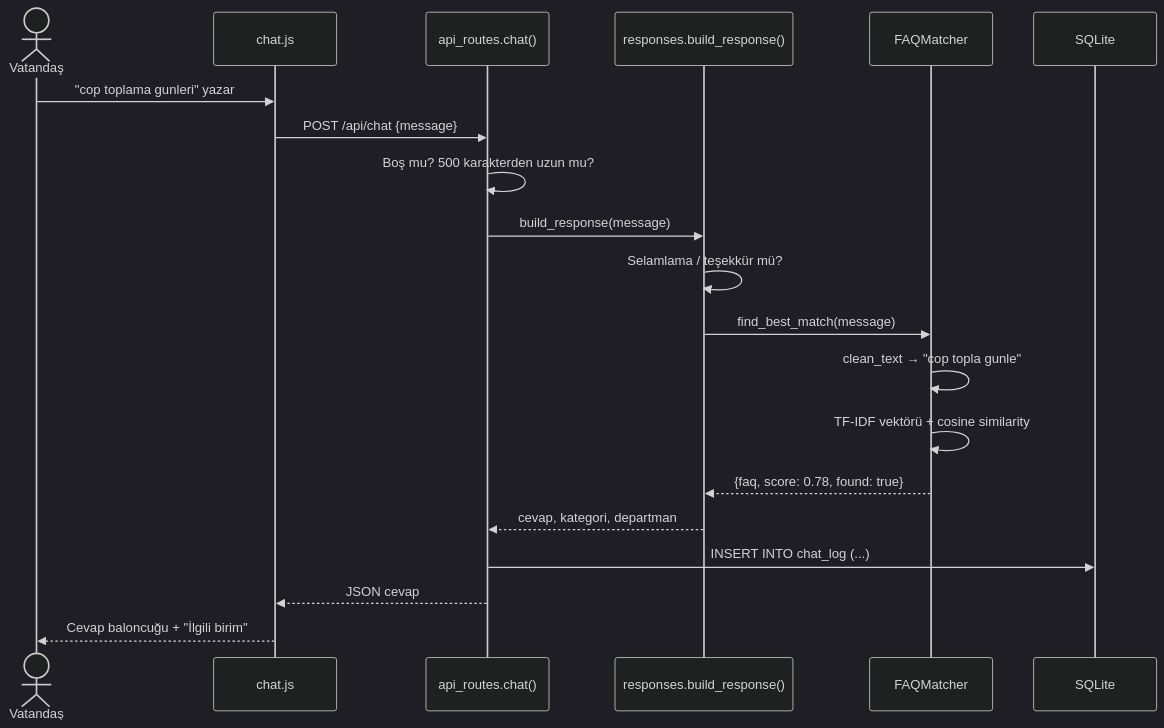
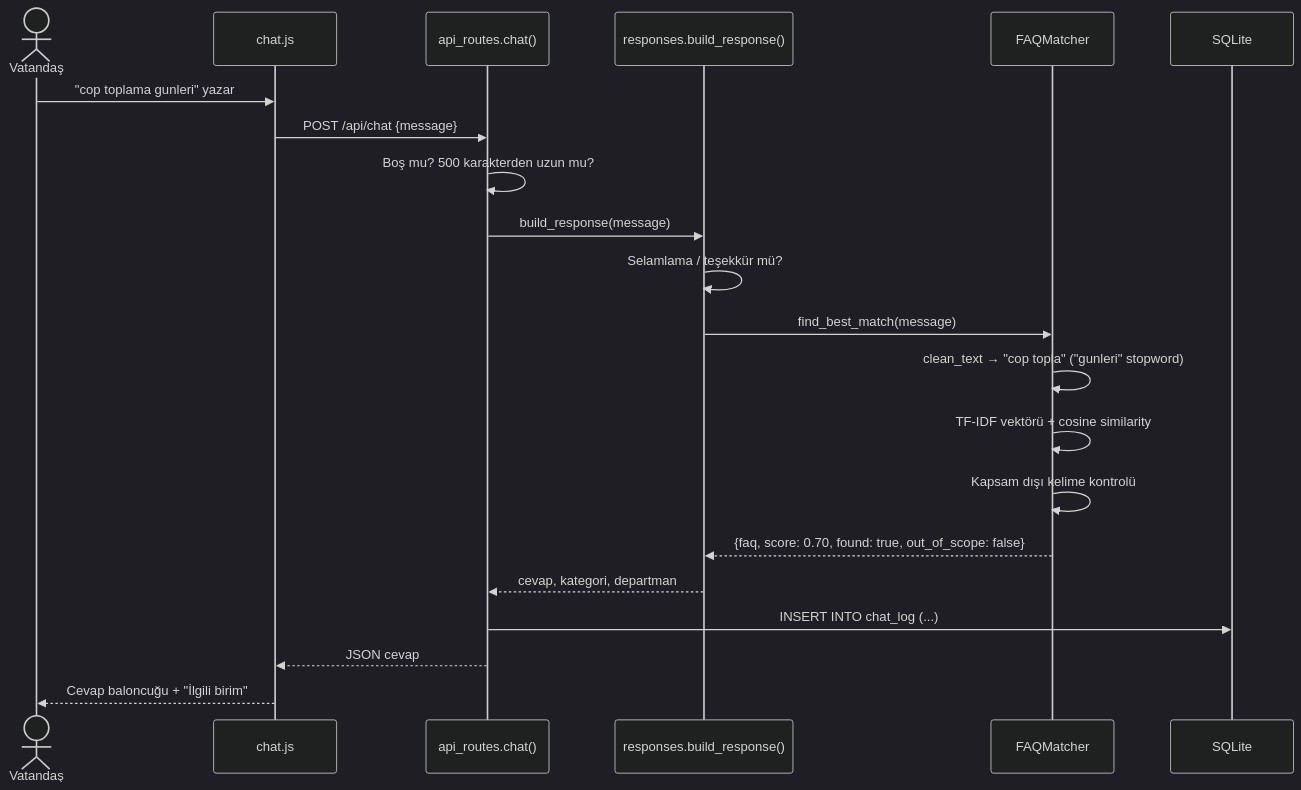
Before and after one commit to HekimSefkan/belediye-chatbot: the second of 3 diagrams in docs/mimari_diyagram.md, drawn with Mermaid (dark theme). The commit also changed other lines of this file and 7 other files, not shown here.

````diff
--- a/docs/mimari_diyagram.md
+++ b/docs/mimari_diyagram.md
@@ -41,23 +41,24 @@
 ```mermaid
 sequenceDiagram
     actor Vatandas as Vatandaş
     participant JS as chat.js
     participant API as api_routes.chat()
     participant RESP as responses.build_response()
     participant MATCH as FAQMatcher
     participant DB as SQLite
 
     Vatandas->>JS: "cop toplama gunleri" yazar
     JS->>API: POST /api/chat {message}
     API->>API: Boş mu? 500 karakterden uzun mu?
     API->>RESP: build_response(message)
     RESP->>RESP: Selamlama / teşekkür mü?
     RESP->>MATCH: find_best_match(message)
-    MATCH->>MATCH: clean_text → "cop topla gunle"
+    MATCH->>MATCH: clean_text → "cop topla" ("gunleri" stopword)
     MATCH->>MATCH: TF-IDF vektörü + cosine similarity
-    MATCH-->>RESP: {faq, score: 0.78, found: true}
+    MATCH->>MATCH: Kapsam dışı kelime kontrolü
+    MATCH-->>RESP: {faq, score: 0.70, found: true, out_of_scope: false}
     RESP-->>API: cevap, kategori, departman
     API->>DB: INSERT INTO chat_log (...)
     API-->>JS: JSON cevap
     JS-->>Vatandas: Cevap baloncuğu + "İlgili birim"
 ```
````
